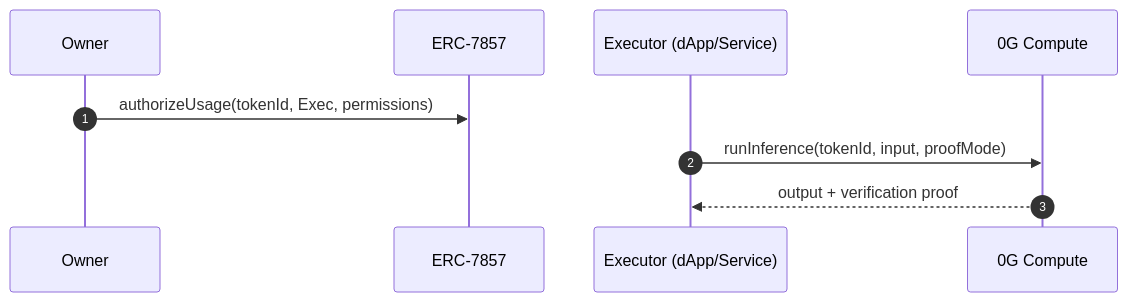
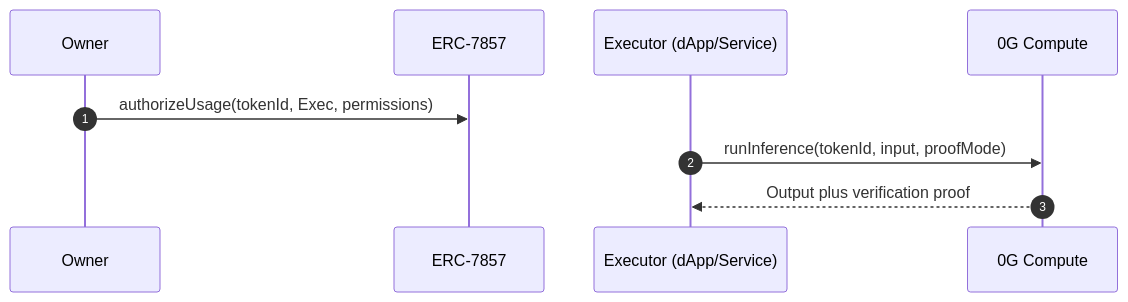
Before and after one commit to Marcussy34/0g-INFT: the third of 5 diagrams in architecture.md, drawn with Mermaid. The commit also changed other lines of this file, not shown here.

````diff
--- a/architecture.md
+++ b/architecture.md
@@ -140,11 +70,12 @@
-``` mermaid
+```mermaid
 sequenceDiagram
   autonumber
-  participant Owner
+  participant Owner as Owner
   participant C as ERC-7857
   participant Exec as Executor (dApp/Service)
   participant Comp as 0G Compute
+
   Owner->>C: authorizeUsage(tokenId, Exec, permissions)
   Exec->>Comp: runInference(tokenId, input, proofMode)
-  Comp-->>Exec: output + verification proof
+  Comp-->>Exec: Output plus verification proof
 ```
````
